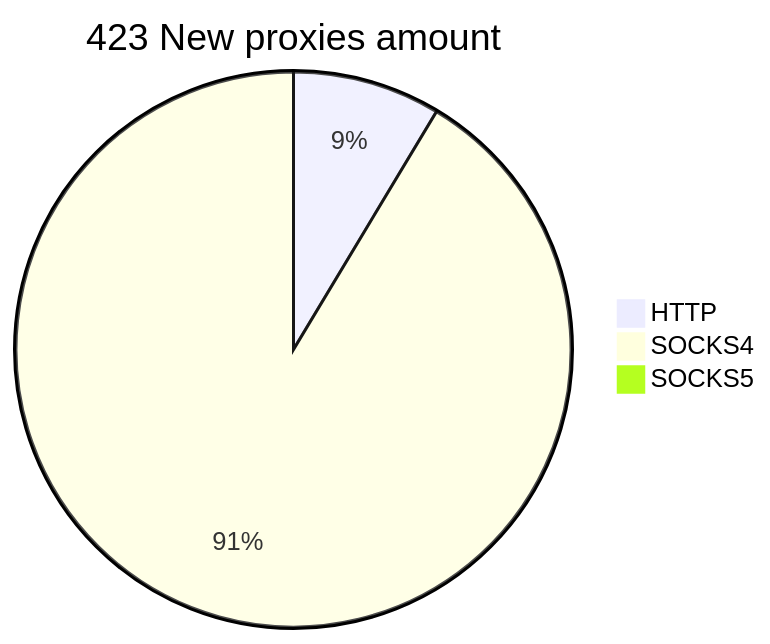
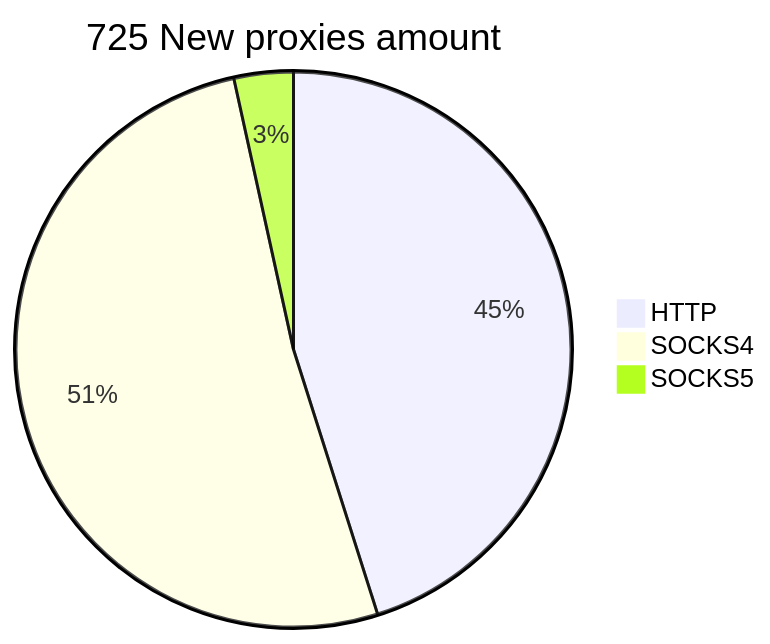
Before and after one commit to cutipu/proxylist: the second of 2 diagrams in README.md, drawn with Mermaid. The commit also changed other lines of this file, not shown here.

````diff
--- a/README.md
+++ b/README.md
@@ -10,6 +10,6 @@
 ```mermaid
-pie title 423 New proxies amount
-    "HTTP" : 41
-    "SOCKS4" : 435
-    "SOCKS5" : 0
+pie title 725 New proxies amount
+    "HTTP" : 327
+    "SOCKS4" : 373
+    "SOCKS5" : 25
 ```
````
